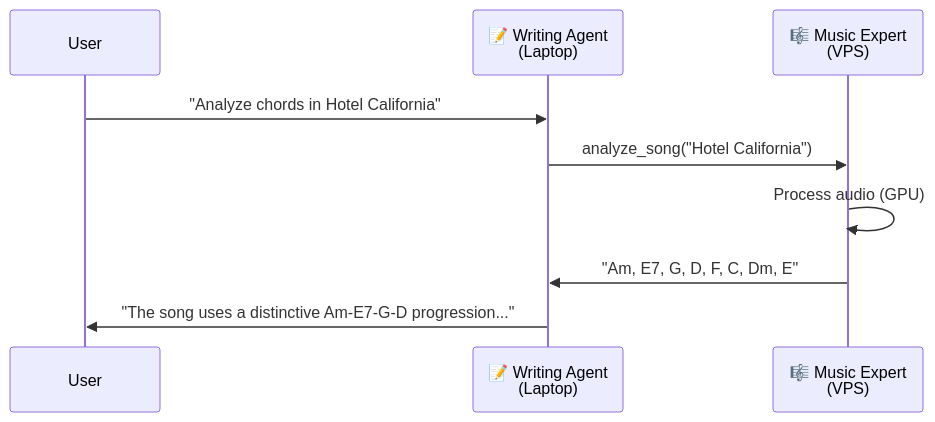
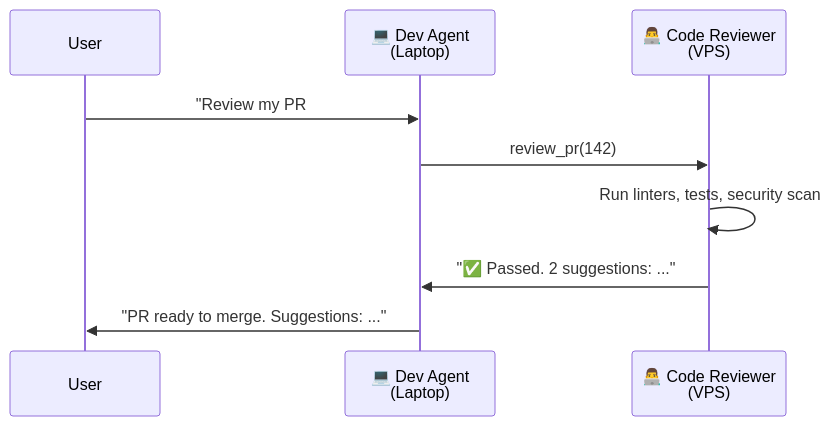
One commit to paprini/clawbridge changed the fifth of 8 diagrams in README.md. Above: the diagram before and after it, drawn with Mermaid. The commit also changed other lines of this file, not shown here.

First line of the commit message:
Replace README: Remove all music references (generic examples)

````diff
--- a/README.md
+++ b/README.md
@@ -336,12 +336,12 @@
 ```mermaid
 sequenceDiagram
     participant User
-    participant Writing as 📝 Writing Agent<br/>(Laptop)
-    participant Music as 🎼 Music Expert<br/>(VPS)
+    participant Dev as 💻 Dev Agent<br/>(Laptop)
+    participant Review as 👨‍💻 Code Reviewer<br/>(VPS)
     
-    User->>Writing: "Analyze chords in Hotel California"
-    Writing->>Music: analyze_song("Hotel California")
-    Music->>Music: Process audio (GPU)
-    Music->>Writing: "Am, E7, G, D, F, C, Dm, E"
-    Writing->>User: "The song uses a distinctive Am-E7-G-D progression..."
+    User->>Dev: "Review my PR #142"
+    Dev->>Review: review_pr(142)
+    Review->>Review: Run linters, tests, security scan
+    Review->>Dev: "✅ Passed. 2 suggestions: ..."
+    Dev->>User: "PR ready to merge. Suggestions: ..."
 ```
````
